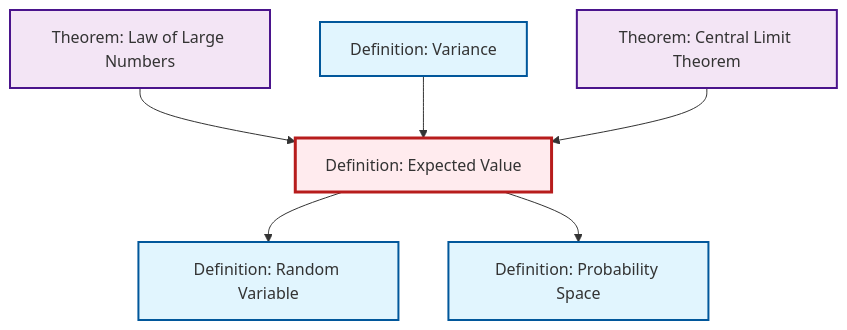
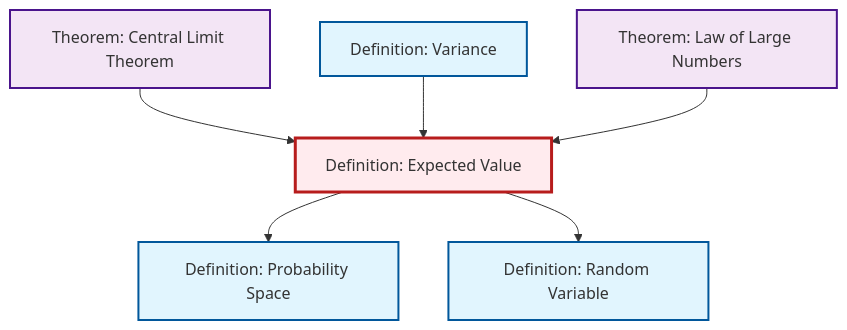
The second of 2 diagrams in content/en/probability-statistics/def-expectation.qmd (RK0429/ModernMath), drawn with Mermaid before and after one commit. The commit also changed other lines of this file and 554 other files, not shown here.

````diff
--- a/content/en/probability-statistics/def-expectation.qmd
+++ b/content/en/probability-statistics/def-expectation.qmd
@@ -86,26 +86,26 @@
 ```{mermaid}
 %%| fig-cap: "Local dependency graph"
 graph TD
     classDef definition fill:#e1f5fe,stroke:#01579b,stroke-width:2px
     classDef theorem fill:#f3e5f5,stroke:#4a148c,stroke-width:2px
     classDef axiom fill:#fff3e0,stroke:#e65100,stroke-width:2px
     classDef example fill:#e8f5e9,stroke:#1b5e20,stroke-width:2px
     classDef current fill:#ffebee,stroke:#b71c1c,stroke-width:3px
+    def-variance["Definition: Variance"]:::definition
     def-random-variable["Definition: Random Variable"]:::definition
+    thm-law-of-large-numbers["Theorem: Law of Large Numbers"]:::theorem
+    thm-central-limit["Theorem: Central Limit Theorem"]:::theorem
+    def-probability-space["Definition: Probability Space"]:::definition
     def-expectation["Definition: Expected Value"]:::definition
-    thm-law-of-large-numbers["Theorem: Law of Large Numbers"]:::theorem
-    def-probability-space["Definition: Probability Space"]:::definition
-    thm-central-limit["Theorem: Central Limit Theorem"]:::theorem
-    def-variance["Definition: Variance"]:::definition
+    thm-central-limit --> def-expectation
+    def-expectation --> def-probability-space
+    def-variance --> def-expectation
     thm-law-of-large-numbers --> def-expectation
     def-expectation --> def-random-variable
-    def-expectation --> def-probability-space
-    def-variance --> def-expectation
-    thm-central-limit --> def-expectation
     class def-expectation current
+    click def-variance "def-variance.html" "Go to Variance definition"
     click def-random-variable "def-random-variable.html" "Go to Random Variable definition"
     click thm-law-of-large-numbers "thm-law-of-large-numbers.html" "Go to Law of Large Numbers theorem"
+    click thm-central-limit "thm-central-limit.html" "Go to Central Limit Theorem theorem"
     click def-probability-space "def-probability-space.html" "Go to Probability Space definition"
-    click thm-central-limit "thm-central-limit.html" "Go to Central Limit Theorem theorem"
-    click def-variance "def-variance.html" "Go to Variance definition"
 ```
````
